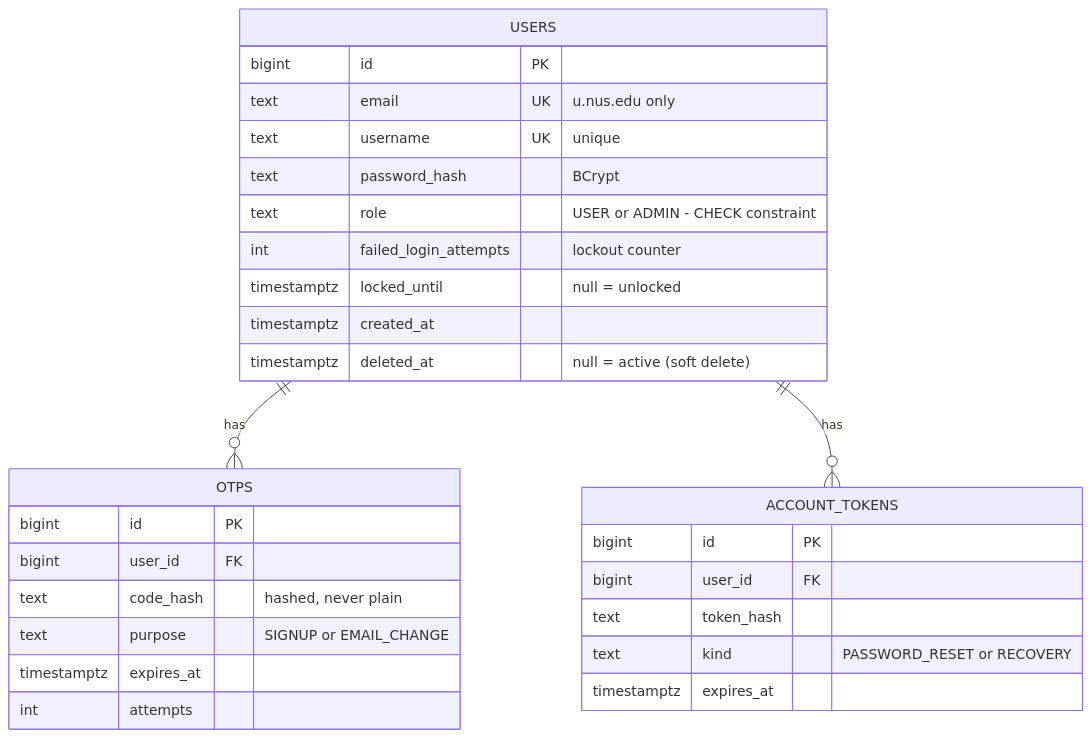
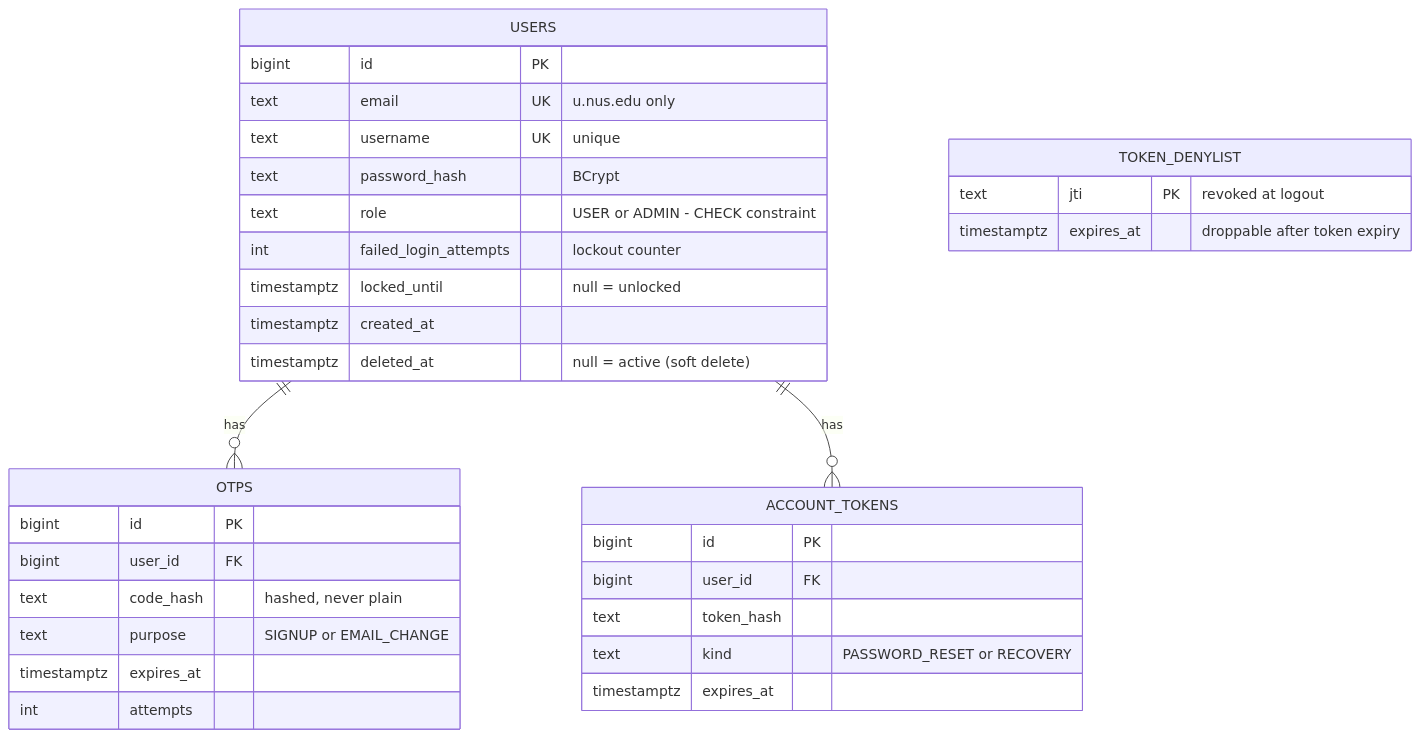
One commit to AY2627S1-CS3219-P23/foc changed the fourth of 9 diagrams in docs/d2-design.md. Above: the diagram before and after it, drawn with Mermaid. The commit also changed other lines of this file and 2 other files, not shown here.

First line of the commit message:
docs: revise logout scope to per-request denylist check via User Service

````diff
--- a/docs/d2-design.md
+++ b/docs/d2-design.md
@@ -146,31 +147,35 @@
 ```mermaid
 erDiagram
     USERS {
         bigint id PK
         text email UK "u.nus.edu only"
         text username UK "unique"
         text password_hash "BCrypt"
         text role "USER or ADMIN - CHECK constraint"
         int failed_login_attempts "lockout counter"
         timestamptz locked_until "null = unlocked"
         timestamptz created_at
         timestamptz deleted_at "null = active (soft delete)"
     }
     OTPS {
         bigint id PK
         bigint user_id FK
         text code_hash "hashed, never plain"
         text purpose "SIGNUP or EMAIL_CHANGE"
         timestamptz expires_at
         int attempts
     }
     ACCOUNT_TOKENS {
         bigint id PK
         bigint user_id FK
         text token_hash
         text kind "PASSWORD_RESET or RECOVERY"
         timestamptz expires_at
     }
+    TOKEN_DENYLIST {
+        text jti PK "revoked at logout"
+        timestamptz expires_at "droppable after token expiry"
+    }
     USERS ||--o{ OTPS : "has"
     USERS ||--o{ ACCOUNT_TOKENS : "has"
 ```
````
